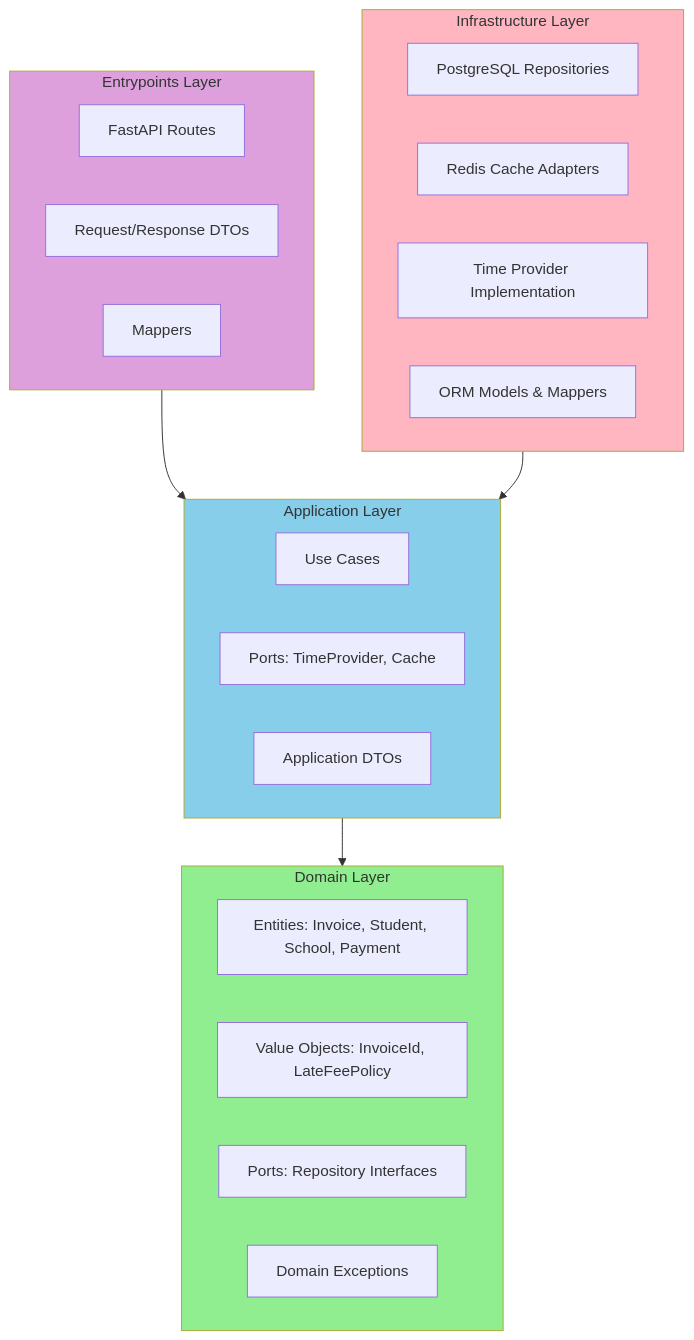
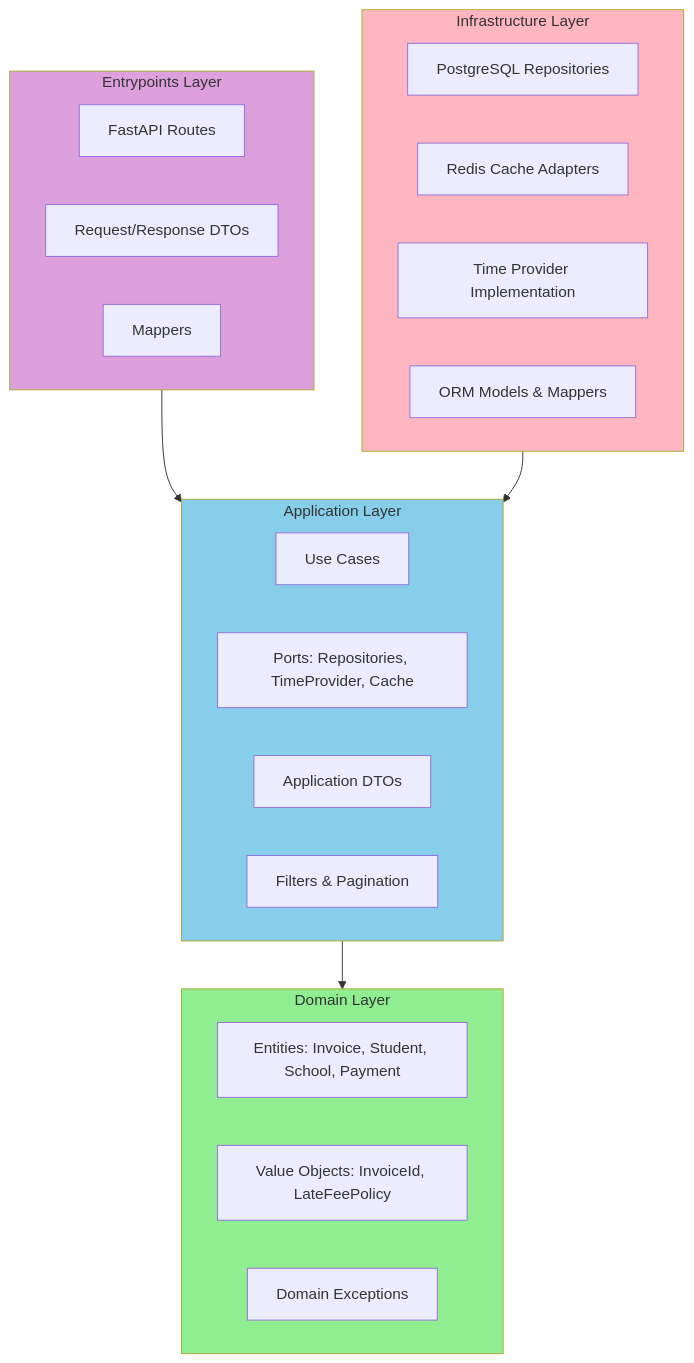
One commit to ae-lexs/mattilda_challenge changed the second of 2 diagrams in README.md. Above: the diagram before and after it, drawn with Mermaid. The commit also changed other lines of this file and 83 other files, not shown here.

````diff
--- a/README.md
+++ b/README.md
@@ -185,37 +185,37 @@
 ```mermaid
 flowchart TD
     subgraph Entrypoints["Entrypoints Layer"]
         E1[FastAPI Routes]
         E2[Request/Response DTOs]
         E3[Mappers]
     end
     
     subgraph Application["Application Layer"]
         A1[Use Cases]
-        A2[Ports: TimeProvider, Cache]
+        A2[Ports: Repositories, TimeProvider, Cache]
         A3[Application DTOs]
+        A4[Filters & Pagination]
     end
-    
+
     subgraph Domain["Domain Layer"]
         D1[Entities: Invoice, Student, School, Payment]
         D2[Value Objects: InvoiceId, LateFeePolicy]
-        D3[Ports: Repository Interfaces]
         D4[Domain Exceptions]
     end
     
     subgraph Infrastructure["Infrastructure Layer"]
         I1[PostgreSQL Repositories]
         I2[Redis Cache Adapters]
         I3[Time Provider Implementation]
         I4[ORM Models & Mappers]
     end
     
     Entrypoints --> Application
     Infrastructure --> Application
     Application --> Domain
     
     style Domain fill:#90EE90
     style Application fill:#87CEEB
     style Infrastructure fill:#FFB6C1
     style Entrypoints fill:#DDA0DD
 ```
````
